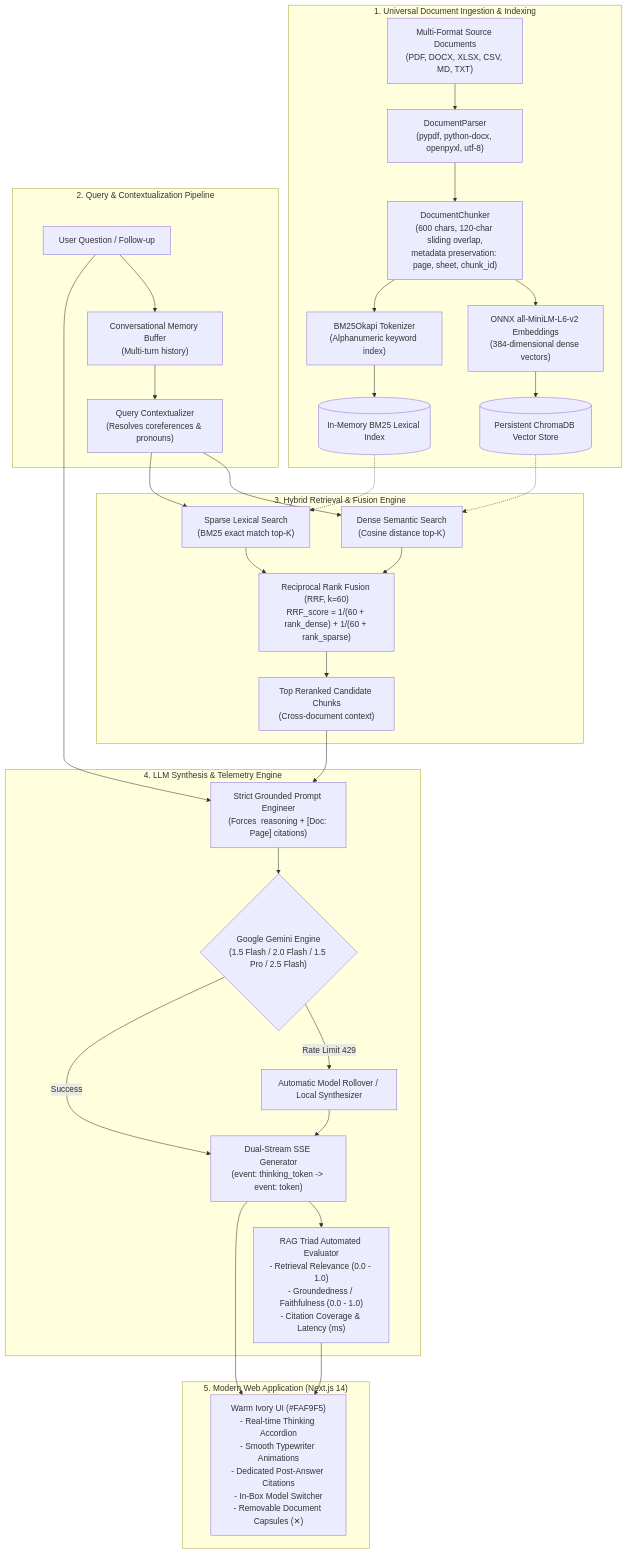
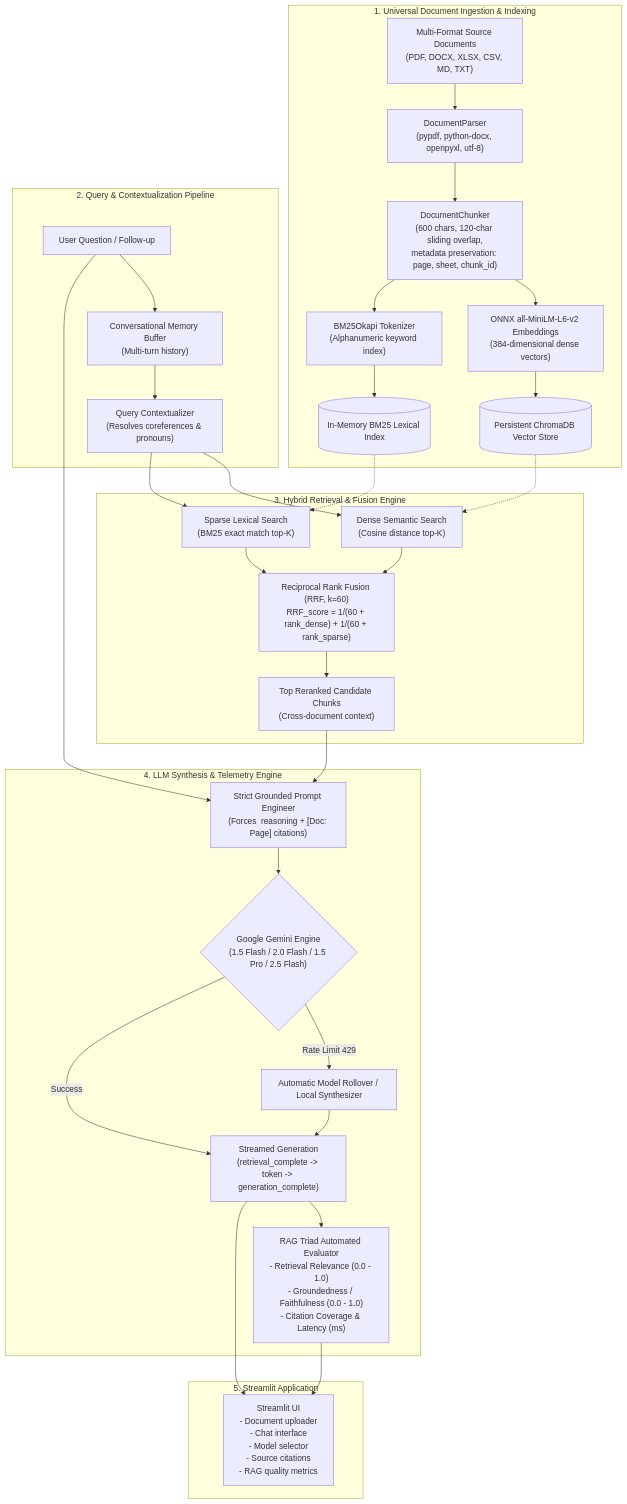
The diagram in README.md (Joshan2007/DocAI-RAG), drawn with Mermaid before and after one commit. The commit also changed other lines of this file and 22 other files, not shown here.

````diff
--- a/README.md
+++ b/README.md
@@ -16,41 +15,41 @@
 ```mermaid
 flowchart TD
     subgraph INGESTION["1. Universal Document Ingestion & Indexing"]
         DOCS["Multi-Format Source Documents\n(PDF, DOCX, XLSX, CSV, MD, TXT)"] --> PARSER["DocumentParser\n(pypdf, python-docx, openpyxl, utf-8)"]
         PARSER --> CHUNKER["DocumentChunker\n(600 chars, 120-char sliding overlap,\nmetadata preservation: page, sheet, chunk_id)"]
         CHUNKER --> DENSE_EMB["ONNX all-MiniLM-L6-v2 Embeddings\n(384-dimensional dense vectors)"]
         CHUNKER --> SPARSE_TOK["BM25Okapi Tokenizer\n(Alphanumeric keyword index)"]
         DENSE_EMB --> CHROMA[("Persistent ChromaDB Vector Store")]
         SPARSE_TOK --> BM25_IDX[("In-Memory BM25 Lexical Index")]
     end
 
     subgraph QUERY_PROCESSING["2. Query & Contextualization Pipeline"]
         USER_Q["User Question / Follow-up"] --> MEMORY["Conversational Memory Buffer\n(Multi-turn history)"]
         MEMORY --> REFORMULATOR["Query Contextualizer\n(Resolves coreferences & pronouns)"]
     end
 
     subgraph HYBRID_RETRIEVAL["3. Hybrid Retrieval & Fusion Engine"]
         REFORMULATOR --> D_SEARCH["Dense Semantic Search\n(Cosine distance top-K)"]
         REFORMULATOR --> S_SEARCH["Sparse Lexical Search\n(BM25 exact match top-K)"]
         CHROMA -.-> D_SEARCH
         BM25_IDX -.-> S_SEARCH
         D_SEARCH --> RRF["Reciprocal Rank Fusion (RRF, k=60)\nRRF_score = 1/(60 + rank_dense) + 1/(60 + rank_sparse)"]
         S_SEARCH --> RRF
         RRF --> TOP_CHUNKS["Top Reranked Candidate Chunks\n(Cross-document context)"]
     end
 
     subgraph GENERATION_EVAL["4. LLM Synthesis & Telemetry Engine"]
         TOP_CHUNKS --> PROMPT_ENG["Strict Grounded Prompt Engineer\n(Forces <thought> reasoning + [Doc: Page] citations)"]
         USER_Q --> PROMPT_ENG
         PROMPT_ENG --> GEMINI{"Google Gemini Engine\n(1.5 Flash / 2.0 Flash / 1.5 Pro / 2.5 Flash)"}
         GEMINI -- "Rate Limit 429" --> ROTATE["Automatic Model Rollover / Local Synthesizer"]
-        GEMINI -- "Success" --> STREAM["Dual-Stream SSE Generator\n(event: thinking_token -> event: token)"]
+        GEMINI -- "Success" --> STREAM["Streamed Generation\n(retrieval_complete -> token -> generation_complete)"]
         ROTATE --> STREAM
         STREAM --> EVAL["RAG Triad Automated Evaluator\n- Retrieval Relevance (0.0 - 1.0)\n- Groundedness / Faithfulness (0.0 - 1.0)\n- Citation Coverage & Latency (ms)"]
     end
 
-    subgraph PRESENTATION["5. Modern Web Application (Next.js 14)"]
-        STREAM --> UI["Warm Ivory UI (#FAF9F5)\n- Real-time Thinking Accordion\n- Smooth Typewriter Animations\n- Dedicated Post-Answer Citations\n- In-Box Model Switcher\n- Removable Document Capsules (✕)"]
+    subgraph PRESENTATION["5. Streamlit Application"]
+      STREAM --> UI["Streamlit UI\n- Document uploader\n- Chat interface\n- Model selector\n- Source citations\n- RAG quality metrics"]
         EVAL --> UI
     end
 ```
````
